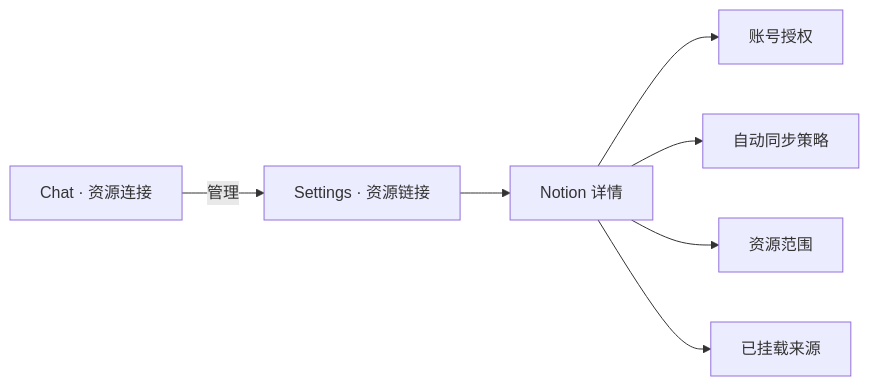
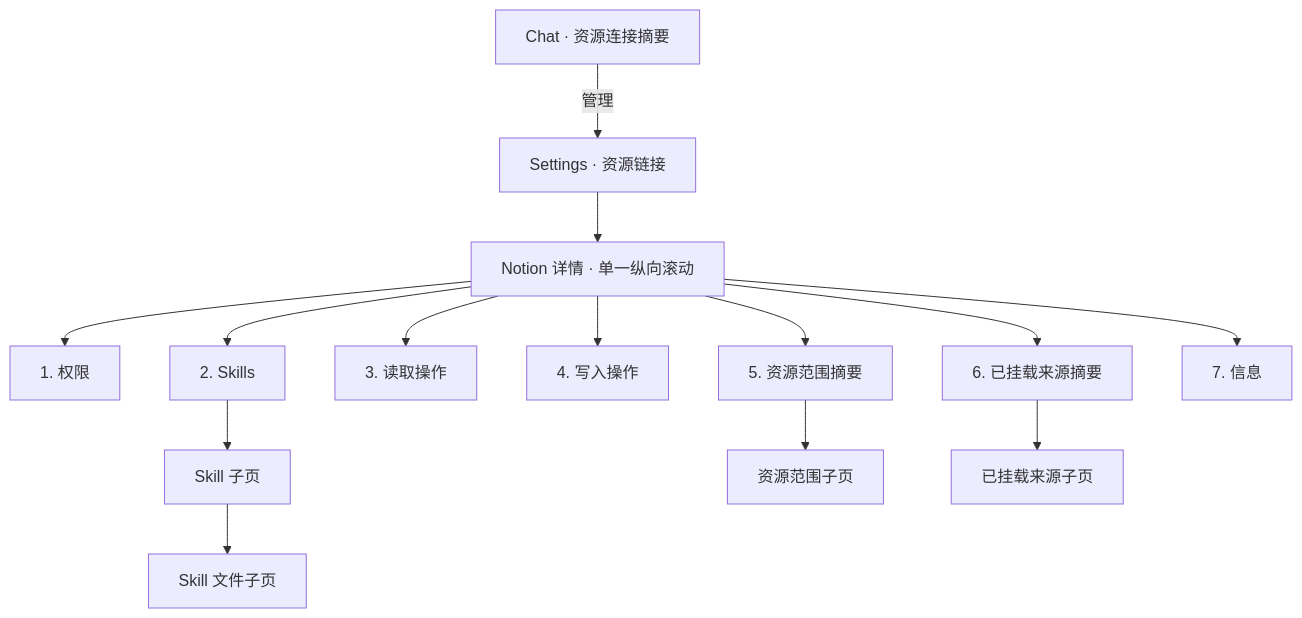
One commit to glide-the/im-dream changed the diagram in docs/prd/notion-session/resource-connector-ui-design.md. Above: the diagram before and after it, drawn with Mermaid. The commit also changed other lines of this file and 4 other files, not shown here.

Commit message:
docs(notion): redesign connector detail experience

````diff
--- a/docs/prd/notion-session/resource-connector-ui-design.md
+++ b/docs/prd/notion-session/resource-connector-ui-design.md
@@ -12,9 +18,16 @@
 ```mermaid
-flowchart LR
-    Chat["Chat · 资源连接"] -->|管理| Settings["Settings · 资源链接"]
-    Settings --> Detail["Notion 详情"]
-    Detail --> Auth["账号授权"]
-    Detail --> Policy["自动同步策略"]
-    Detail --> Scope["资源范围"]
-    Detail --> Mounted["已挂载来源"]
+flowchart TD
+    Chat["Chat · 资源连接摘要"] -->|管理| Settings["Settings · 资源链接"]
+    Settings --> Detail["Notion 详情 · 单一纵向滚动"]
+    Detail --> Policy["1. 权限"]
+    Detail --> Skills["2. Skills"]
+    Detail --> ReadOps["3. 读取操作"]
+    Detail --> WriteOps["4. 写入操作"]
+    Detail --> ScopeSummary["5. 资源范围摘要"]
+    Detail --> SourceSummary["6. 已挂载来源摘要"]
+    Detail --> Info["7. 信息"]
+    Skills --> Skill["Skill 子页"]
+    Skill --> File["Skill 文件子页"]
+    ScopeSummary --> Scope["资源范围子页"]
+    SourceSummary --> Sources["已挂载来源子页"]
 ```
````
